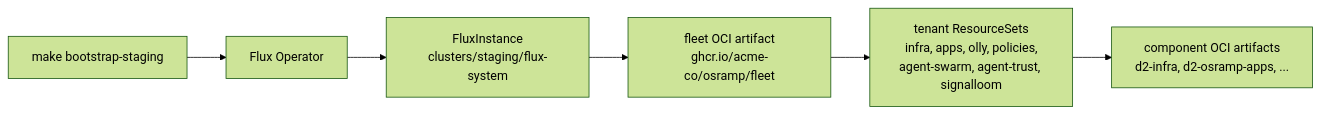
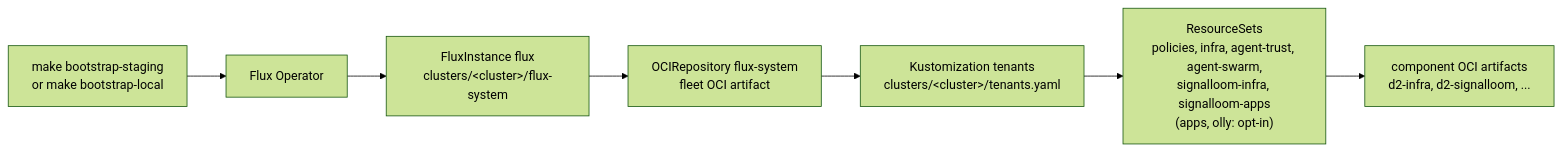
Before and after one commit to sublimino/architecture-as-code: the diagram in d2-osramp-fleet/README.md, drawn with Mermaid (forest theme). The commit also changed other lines of this file and 46 other files, not shown here.

````diff
--- a/d2-osramp-fleet/README.md
+++ b/d2-osramp-fleet/README.md
@@ -98,8 +104,9 @@
 ```mermaid
 flowchart LR
-  BOOT["make bootstrap-staging"] --> OP["Flux Operator"]
-  OP --> FI["FluxInstance<br/>clusters/staging/flux-system"]
-  FI --> FLEET["fleet OCI artifact<br/>ghcr.io/acme-co/osramp/fleet"]
-  FLEET --> RS["tenant ResourceSets<br/>infra, apps, olly, policies,<br/>agent-swarm, agent-trust, signalloom"]
-  RS --> COMP["component OCI artifacts<br/>d2-infra, d2-osramp-apps, ..."]
+  BOOT["make bootstrap-staging<br/>or make bootstrap-local"] --> OP["Flux Operator"]
+  OP --> FI["FluxInstance flux<br/>clusters/&lt;cluster&gt;/flux-system"]
+  FI --> FLEET["OCIRepository flux-system<br/>fleet OCI artifact"]
+  FLEET --> KS["Kustomization tenants<br/>clusters/&lt;cluster&gt;/tenants.yaml"]
+  KS --> RS["ResourceSets<br/>policies, infra, agent-trust, agent-swarm,<br/>signalloom-infra, signalloom-apps<br/>(apps, olly: opt-in)"]
+  RS --> COMP["component OCI artifacts<br/>d2-infra, d2-signalloom, ..."]
 ```
````
